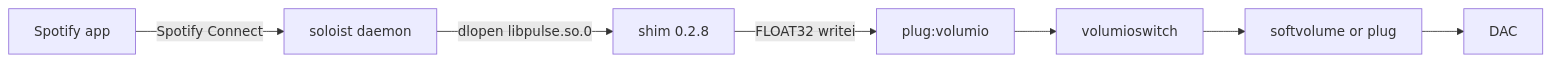
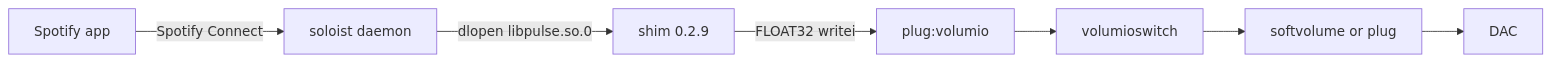
The first of 4 diagrams in README.md (foonerd/alsa_soloist_connect), drawn with Mermaid before and after one commit. The commit also changed other lines of this file and 13 other files, not shown here.

````diff
--- a/README.md
+++ b/README.md
@@ -32,9 +32,9 @@
 ```mermaid
 flowchart LR
     SpotifyApp["Spotify app"] -->|"Spotify Connect"| Soloist["soloist daemon"]
-    Soloist -->|"dlopen libpulse.so.0"| Shim["shim 0.2.8"]
+    Soloist -->|"dlopen libpulse.so.0"| Shim["shim 0.2.9"]
     Shim -->|"FLOAT32 writei"| Plug["plug:volumio"]
     Plug --> Switch["volumioswitch"]
     Switch --> Out["softvolume or plug"]
     Out --> Dac["DAC"]
 ```
````
